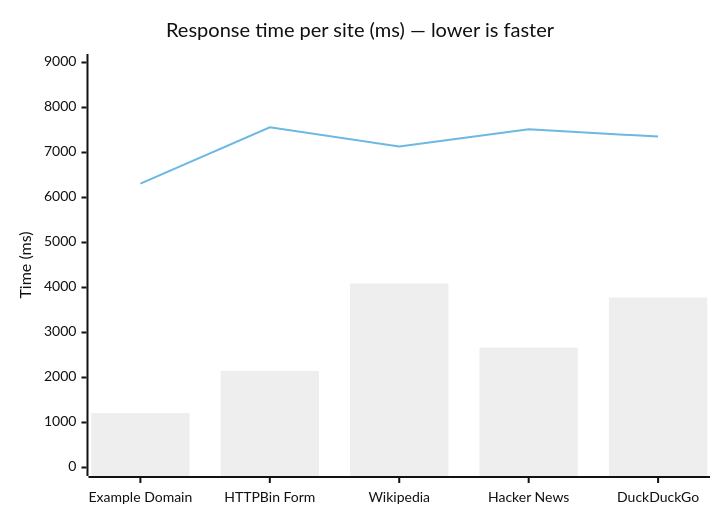
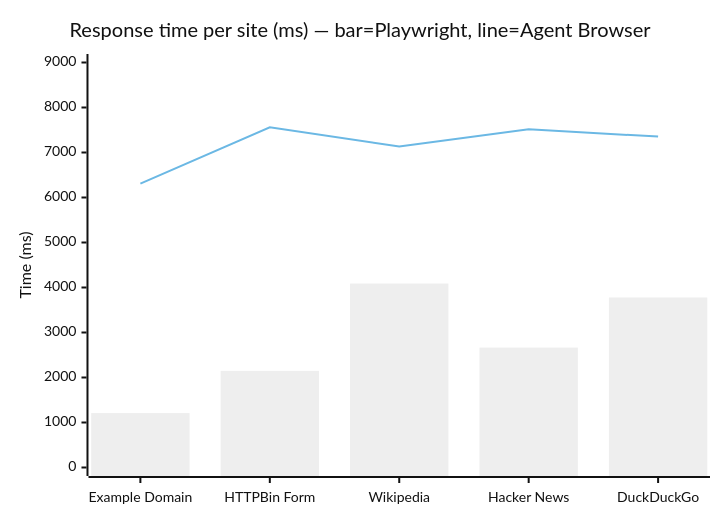
The diagram in README.md (Abhishekxdg/Agentic-browser), drawn with Mermaid (neutral theme) before and after one commit. The commit also changed other lines of this file, not shown here.

First line of the commit message:
docs: reposition README — semantic runtime layer, not browser automation

````diff
--- a/README.md
+++ b/README.md
@@ -320,8 +188,8 @@
 ```mermaid
 xychart-beta
-    title "Response time per site (ms) — lower is faster"
+    title "Response time per site (ms) — bar=Playwright, line=Agent Browser"
     x-axis ["Example Domain", "HTTPBin Form", "Wikipedia", "Hacker News", "DuckDuckGo"]
     y-axis "Time (ms)" 0 --> 9000
     bar [1209, 2147, 4088, 2665, 3778]
     line [6310, 7560, 7131, 7514, 7353]
 ```
````
